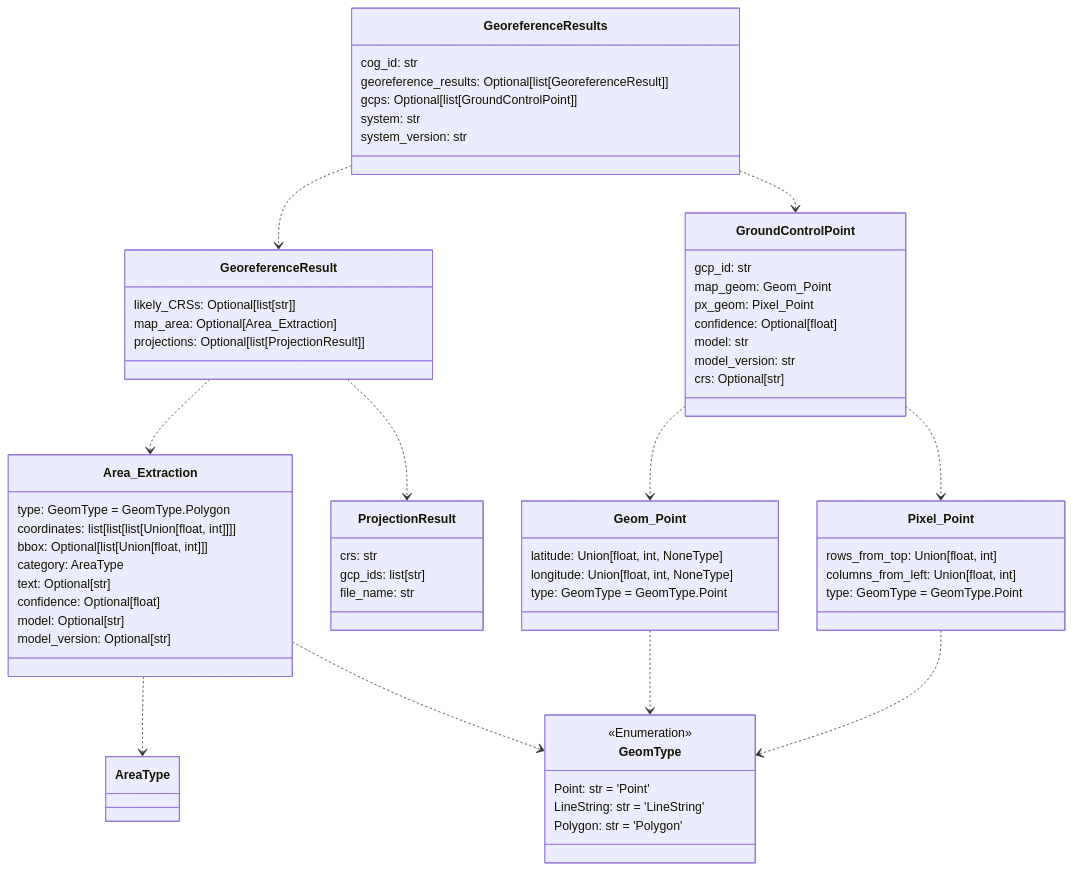
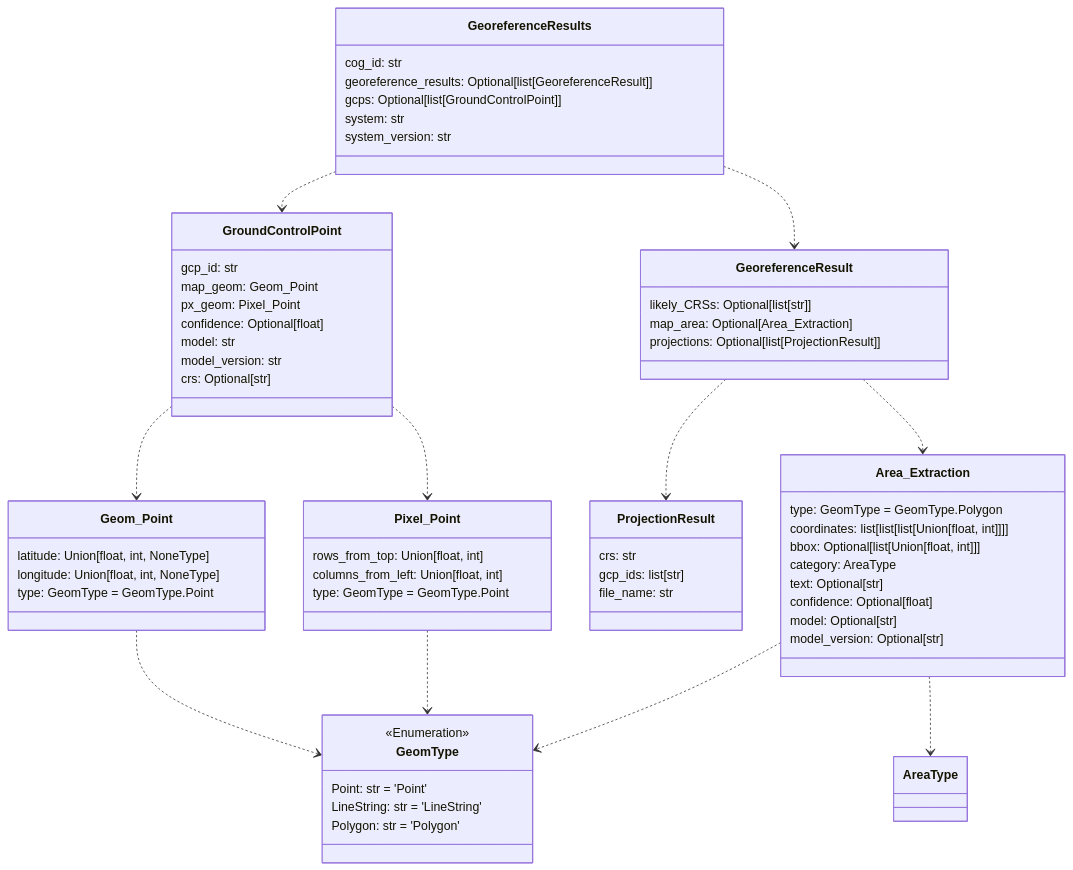
The second of 12 diagrams in README.md (DARPA-CRITICALMAAS/cdr_schemas), drawn with Mermaid before and after one commit. The commit also changed other lines of this file and 1 other file, not shown here.

````diff
--- a/README.md
+++ b/README.md
@@ -113,76 +113,76 @@
 ```mermaid
 classDiagram
 
     class Geom_Point {
         latitude: Union[float, int, NoneType]
         longitude: Union[float, int, NoneType]
         type: GeomType = GeomType.Point
+    }
+
+    class GroundControlPoint {
+        gcp_id: str
+        map_geom: Geom_Point
+        px_geom: Pixel_Point
+        confidence: Optional[float]
+        model: str
+        model_version: str
+        crs: Optional[str]
+    }
+
+    class GeoreferenceResults {
+        cog_id: str
+        georeference_results: Optional[list[GeoreferenceResult]]
+        gcps: Optional[list[GroundControlPoint]]
+        system: str
+        system_version: str
     }
 
     class Area_Extraction {
         type: GeomType = GeomType.Polygon
         coordinates: list[list[list[Union[float, int]]]]
         bbox: Optional[list[Union[float, int]]]
         category: AreaType
         text: Optional[str]
         confidence: Optional[float]
         model: Optional[str]
         model_version: Optional[str]
     }
 
-    class Pixel_Point {
-        rows_from_top: Union[float, int]
-        columns_from_left: Union[float, int]
-        type: GeomType = GeomType.Point
+    class ProjectionResult {
+        crs: str
+        gcp_ids: list[str]
+        file_name: str
     }
 
     class GeoreferenceResult {
         likely_CRSs: Optional[list[str]]
         map_area: Optional[Area_Extraction]
         projections: Optional[list[ProjectionResult]]
     }
 
-    class ProjectionResult {
-        crs: str
-        gcp_ids: list[str]
-        file_name: str
+    class Pixel_Point {
+        rows_from_top: Union[float, int]
+        columns_from_left: Union[float, int]
+        type: GeomType = GeomType.Point
     }
 
     class GeomType {
         <<Enumeration>>
         Point: str = 'Point'
         LineString: str = 'LineString'
         Polygon: str = 'Polygon'
     }
 
-    class GeoreferenceResults {
-        cog_id: str
-        georeference_results: Optional[list[GeoreferenceResult]]
-        gcps: Optional[list[GroundControlPoint]]
-        system: str
-        system_version: str
-    }
-
-    class GroundControlPoint {
-        gcp_id: str
-        map_geom: Geom_Point
-        px_geom: Pixel_Point
-        confidence: Optional[float]
-        model: str
-        model_version: str
-        crs: Optional[str]
-    }
-
+    Area_Extraction ..> GeomType
     Area_Extraction ..> AreaType
-    Area_Extraction ..> GeomType
     Geom_Point ..> GeomType
     Pixel_Point ..> GeomType
     GroundControlPoint ..> Geom_Point
     GroundControlPoint ..> Pixel_Point
+    GeoreferenceResult ..> ProjectionResult
     GeoreferenceResult ..> Area_Extraction
-    GeoreferenceResult ..> ProjectionResult
+    GeoreferenceResults ..> GroundControlPoint
     GeoreferenceResults ..> GeoreferenceResult
-    GeoreferenceResults ..> GroundControlPoint
 
 
 ```
````
